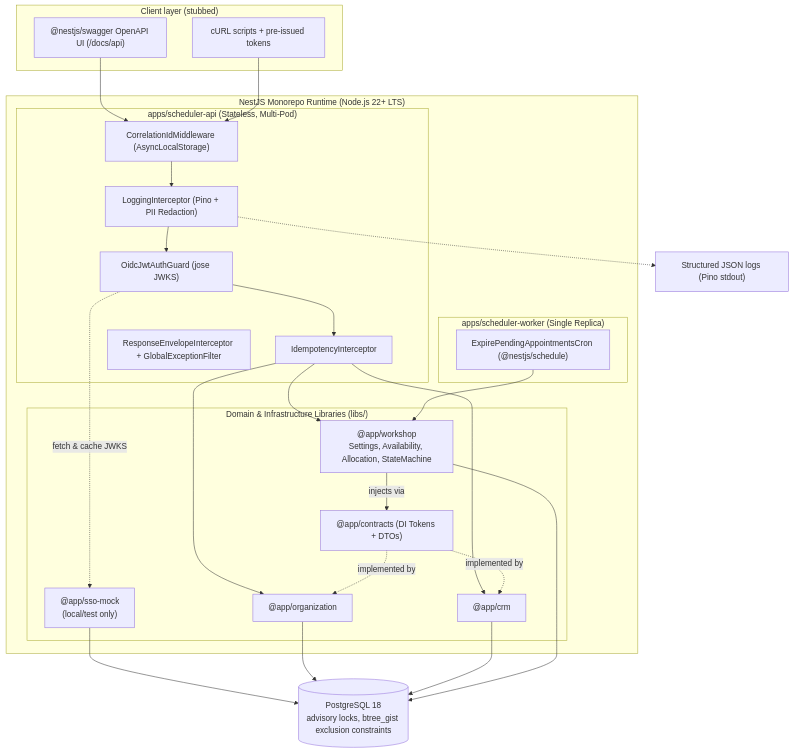
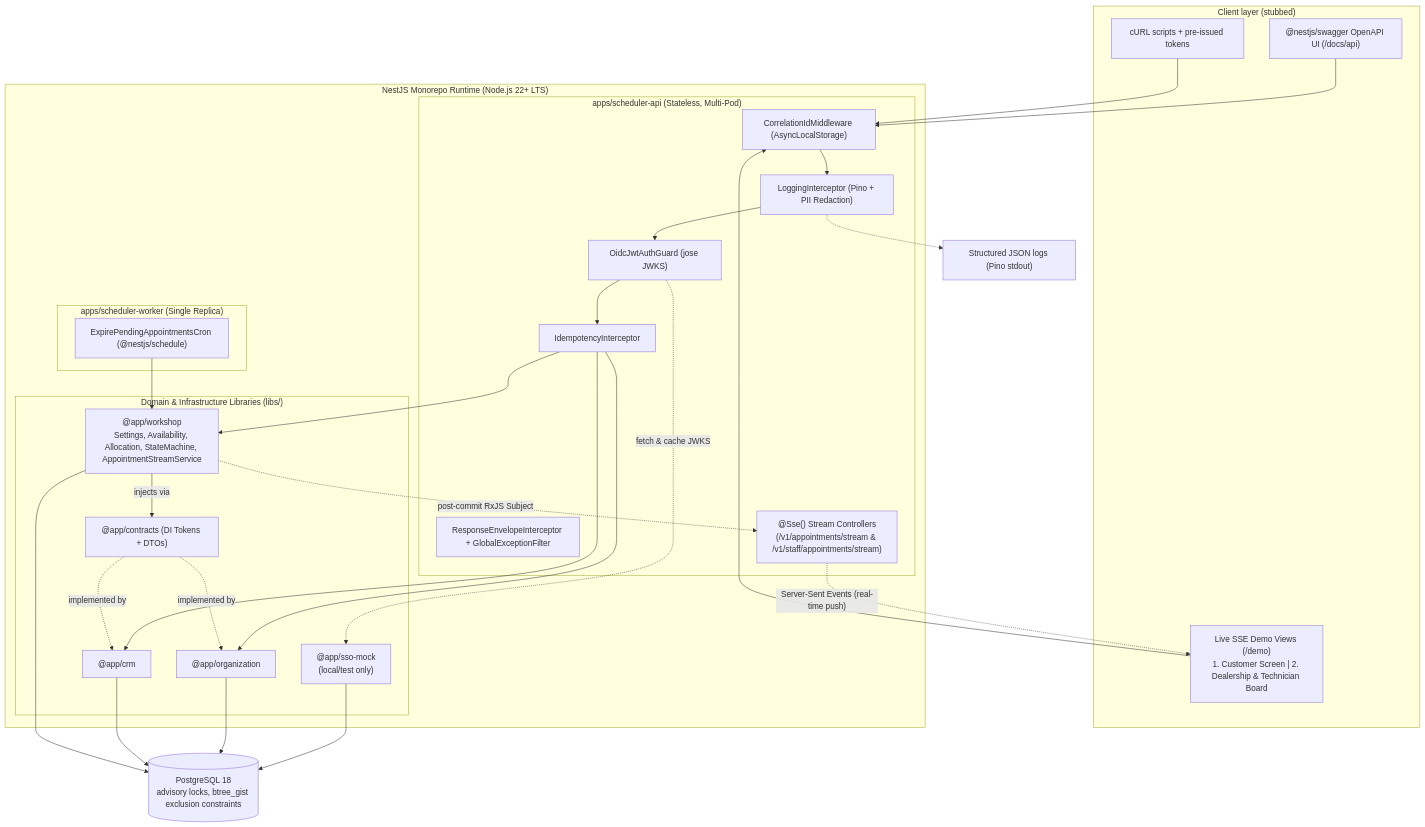
Before and after one commit to anhkhuong1306/the-unified-service-scheduler: the first of 8 diagrams in SYSTEM_DESIGN.md, drawn with Mermaid. The commit also changed other lines of this file and 1 other file, not shown here.

````diff
--- a/SYSTEM_DESIGN.md
+++ b/SYSTEM_DESIGN.md
@@ -140,49 +146,54 @@
 ```mermaid
 flowchart TB
     subgraph Client["Client layer (stubbed)"]
         OAS["@nestjs/swagger OpenAPI UI (/docs/api)"]
+        DEMO["Live SSE Demo Views (/demo)<br/>1. Customer Screen | 2. Dealership & Technician Board"]
         CURL["cURL scripts + pre-issued tokens"]
     end
 
     subgraph Monorepo["NestJS Monorepo Runtime (Node.js 22+ LTS)"]
         subgraph APIApp["apps/scheduler-api (Stateless, Multi-Pod)"]
             MW1["CorrelationIdMiddleware (AsyncLocalStorage)"]
             MW2["LoggingInterceptor (Pino + PII Redaction)"]
             MW3["OidcJwtAuthGuard (jose JWKS)"]
             MW4["IdempotencyInterceptor"]
             RESP["ResponseEnvelopeInterceptor + GlobalExceptionFilter"]
+            SSE["@Sse() Stream Controllers<br/>(/v1/appointments/stream & /v1/staff/appointments/stream)"]
         end
 
         subgraph WorkerApp["apps/scheduler-worker (Single Replica)"]
             CRON["ExpirePendingAppointmentsCron (@nestjs/schedule)"]
         end
 
         subgraph Libs["Domain & Infrastructure Libraries (libs/)"]
             SSO["@app/sso-mock<br/>(local/test only)"]
             ORG["@app/organization"]
             CRM["@app/crm"]
-            WS["@app/workshop<br/>Settings, Availability, Allocation, StateMachine"]
+            WS["@app/workshop<br/>Settings, Availability, Allocation, StateMachine, AppointmentStreamService"]
             CONTRACTS["@app/contracts (DI Tokens + DTOs)"]
         end
     end
 
     PG[("PostgreSQL 18<br/>advisory locks, btree_gist exclusion constraints")]
     LOG["Structured JSON logs (Pino stdout)"]
 
     OAS --> MW1
+    DEMO --> MW1
+    SSE -. "Server-Sent Events (real-time push)" .-> DEMO
+    WS -. "post-commit RxJS Subject" .-> SSE
     CURL --> MW1
     MW1 --> MW2 --> MW3 --> MW4
     MW4 --> ORG
     MW4 --> CRM
     MW4 --> WS
     MW3 -. "fetch & cache JWKS" .-> SSO
     WS -- "injects via" --> CONTRACTS
     CONTRACTS -. "implemented by" .-> CRM
     CONTRACTS -. "implemented by" .-> ORG
     CRON --> WS
     SSO --> PG
     ORG --> PG
     CRM --> PG
     WS --> PG
     MW2 -.-> LOG
 ```
````
